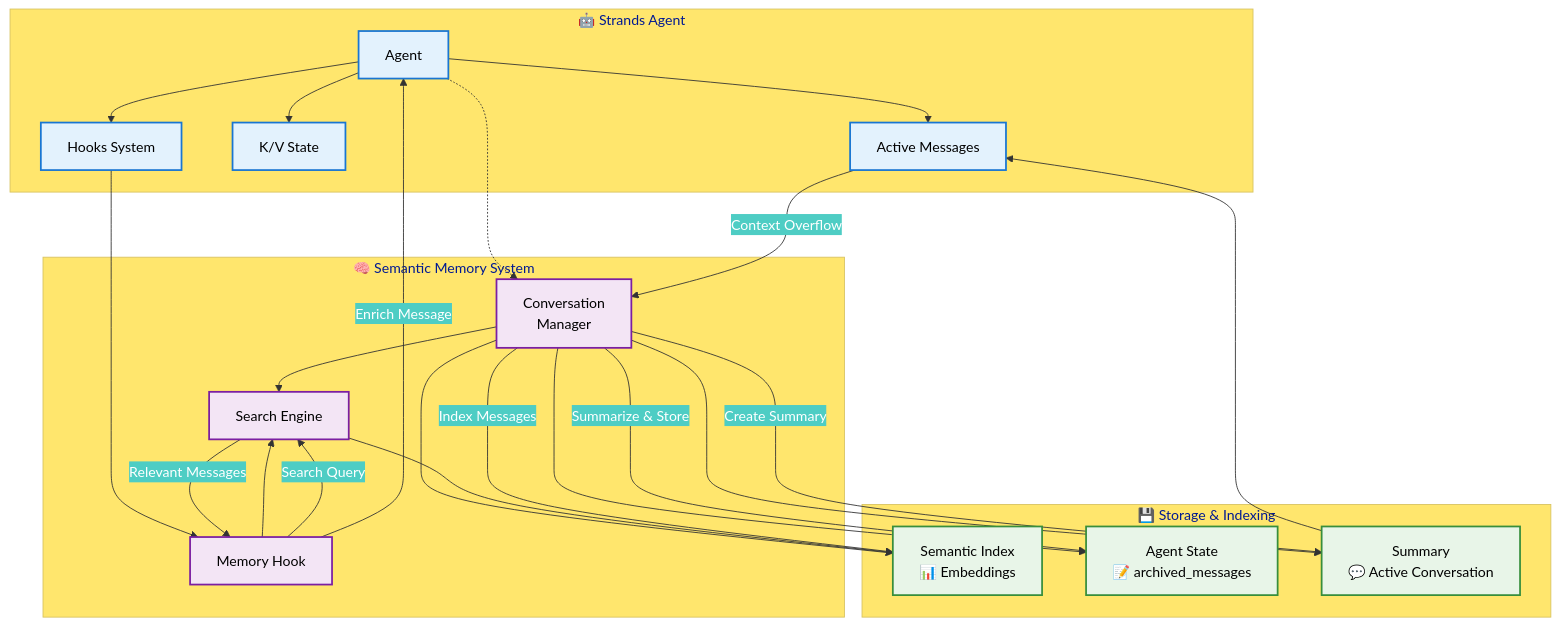
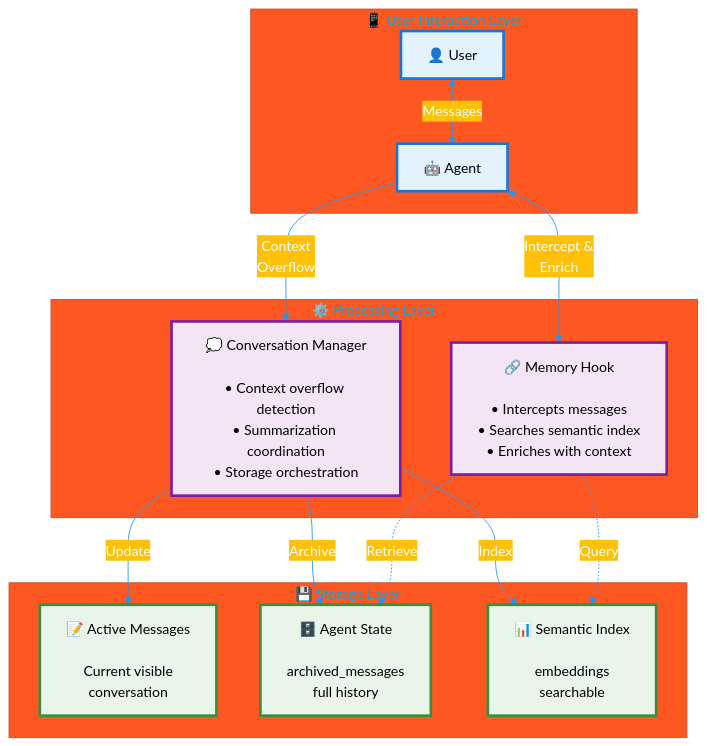
The fourth of 5 diagrams in README.md (danilop/strands-agents-semantic-summarizing-conversation-manager), drawn with Mermaid before and after one commit. The commit also changed other lines of this file, not shown here.

Commit message:
Replace complex architecture diagram with clean layered design
- Created three-layer architecture: User Interaction, Processing, and Storage
- Moved Memory Hook to Processing layer (more accurate - it's internal processing)
- User now only interacts with Agent (clean interface)
- Added descriptive labels to all connections (Messages, Query, Retrieve, etc.)
- Eliminated all crossing/curved arrows - only vertical and simple connections
- Conversation Manager is central orchestrator for storage operations
- Memory Hook directly queries storage for retrieval (no unnecessary routing)
- Fixed Mermaid parsing error by removing parentheses from node text
- Much cleaner visual flow - easy to understand at a glance

````diff
--- a/README.md
+++ b/README.md
@@ -287,57 +287,48 @@
 ```mermaid
-%%{init: {"theme": "base", "themeVariables": {"primaryColor": "#ff6b6b", "primaryTextColor": "#fff", "primaryBorderColor": "#ff5252", "lineColor": "#333", "secondaryColor": "#4ecdc4", "tertiaryColor": "#ffe66d", "background": "#f8f9fa", "mainBkg": "#ffffff", "secondBkg": "#f1f3f4"}}}%%
+%%{init: {"theme": "base", "themeVariables": {"primaryColor": "#4CAF50", "primaryTextColor": "#fff", "primaryBorderColor": "#388E3C", "lineColor": "#2196F3", "secondaryColor": "#FFC107", "tertiaryColor": "#FF5722"}}}%%
 graph TB
-    %% Define node styles
-    classDef agentStyle fill:#e3f2fd,stroke:#1976d2,stroke-width:2px,color:#000
-    classDef memoryStyle fill:#f3e5f5,stroke:#7b1fa2,stroke-width:2px,color:#000
-    classDef storageStyle fill:#e8f5e8,stroke:#388e3c,stroke-width:2px,color:#000
+    %% Define styles for each layer
+    classDef userLayer fill:#E3F2FD,stroke:#1976D2,stroke-width:3px,color:#000
+    classDef processLayer fill:#F3E5F5,stroke:#7B1FA2,stroke-width:3px,color:#000
+    classDef storageLayer fill:#E8F5E8,stroke:#388E3C,stroke-width:3px,color:#000
 
-    subgraph SA["🤖 Strands Agent"]
-        A[Agent]
-        B[Active Messages]
-        C[K/V State]
-        D[Hooks System]
+    %% Layer 1: User Interaction
+    subgraph L1 [" 📱 User Interaction Layer "]
+        User[👤 User]
+        Agent[🤖 Agent]
     end
 
-    subgraph SMS["🧠 Semantic Memory System"]
-        E[Conversation<br/>Manager]
-        F[Memory Hook]
-        G[Search Engine]
+    %% Layer 2: Processing Orchestration
+    subgraph L2 [" ⚙️ Processing Layer "]
+        Hook[🔗 Memory Hook<br/><br/>• Intercepts messages<br/>• Searches semantic index<br/>• Enriches with context]
+        CM[💭 Conversation Manager<br/><br/>• Context overflow detection<br/>• Summarization coordination<br/>• Storage orchestration]
     end
 
-    subgraph SI["💾 Storage & Indexing"]
-        H[Semantic Index<br/>📊 Embeddings]
-        I[Agent State<br/>📝 archived_messages]
-        J[Summary<br/>💬 Active Conversation]
+    %% Layer 3: Storage Components
+    subgraph L3 [" 💾 Storage Layer "]
+        Active[📝 Active Messages<br/><br/>Current visible<br/>conversation]
+        State[🗄️ Agent State<br/><br/>archived_messages<br/>full history]
+        Index[📊 Semantic Index<br/><br/>embeddings<br/>searchable]
     end
 
     %% Apply styles
-    class A,B,C,D agentStyle
-    class E,F,G memoryStyle
-    class H,I,J storageStyle
+    class User,Agent userLayer
+    class Hook,CM processLayer
+    class Active,State,Index storageLayer
 
-    %% Internal connections
-    A --> B
-    A --> C
-    A --> D
+    %% Layer 1: User interaction
+    User <-->|Messages| Agent
 
-    %% System connections
-    A -.-> E
-    D --> F
-    E --> G
-    E --> H
-    E --> I
-    E --> J
-    F --> G
-    G --> H
+    %% Processing connections
+    Agent <-->|Intercept &<br/>Enrich| Hook
+    Agent -->|Context<br/>Overflow| CM
 
-    %% Flow connections
-    B -->|Context Overflow| E
-    E -->|Summarize & Store| I
-    E -->|Index Messages| H
-    E -->|Create Summary| J
-    J --> B
-    F -->|Search Query| G
-    G -->|Relevant Messages| F
-    F -->|Enrich Message| A
+    %% Storage operations (solid lines from CM)
+    CM -->|Update| Active
+    CM -->|Archive| State
+    CM -->|Index| Index
+
+    %% Memory retrieval (dashed lines from Hook)
+    Hook -.->|Query| Index
+    Hook -.->|Retrieve| State
 ```
````
